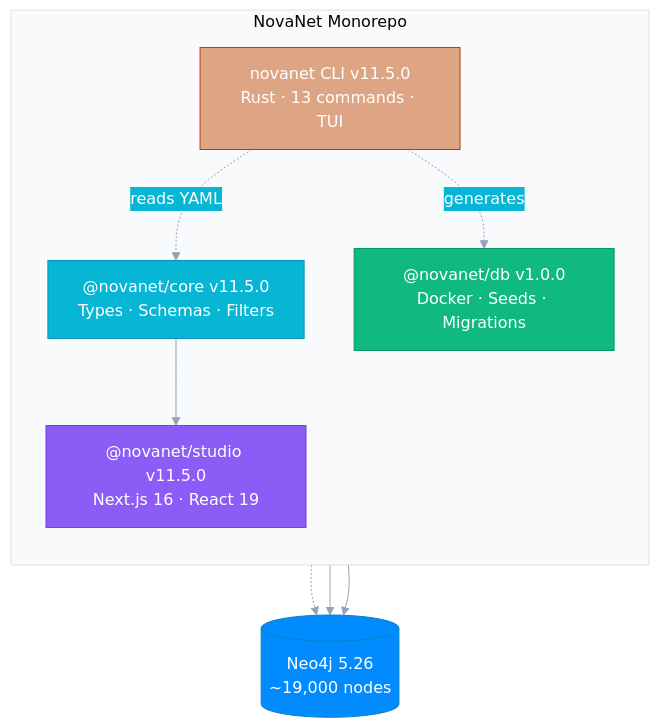
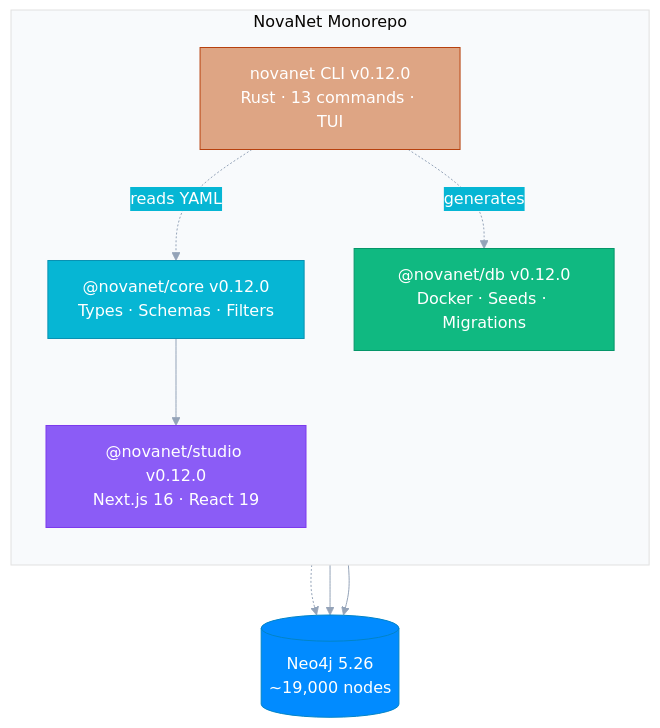
One commit to supernovae-st/novanet changed the diagram in README.md. Above: the diagram before and after it, drawn with Mermaid. The commit also changed other lines of this file and 75 other files, not shown here.

````diff
--- a/README.md
+++ b/README.md
@@ -46,33 +46,33 @@
 ```mermaid
 %%{init: {'theme': 'base', 'themeVariables': {
   'primaryColor': '#6366f1',
   'primaryTextColor': '#fff',
   'primaryBorderColor': '#4f46e5',
   'lineColor': '#94a3b8',
   'secondaryColor': '#06b6d4',
   'tertiaryColor': '#f8fafc'
 }}}%%
 flowchart TB
     subgraph MONO["NovaNet Monorepo"]
         direction TB
-        CORE["@novanet/core v11.5.0\nTypes · Schemas · Filters"]
-        DB["@novanet/db v1.0.0\nDocker · Seeds · Migrations"]
-        STUDIO["@novanet/studio v11.5.0\nNext.js 16 · React 19"]
-        RUST["novanet CLI v11.5.0\nRust · 13 commands · TUI"]
+        CORE["@novanet/core v0.12.0\nTypes · Schemas · Filters"]
+        DB["@novanet/db v0.12.0\nDocker · Seeds · Migrations"]
+        STUDIO["@novanet/studio v0.12.0\nNext.js 16 · React 19"]
+        RUST["novanet CLI v0.12.0\nRust · 13 commands · TUI"]
     end
 
     CORE --> STUDIO
     RUST -.->|reads YAML| CORE
     RUST -.->|generates| DB
 
     NEO4J[("Neo4j 5.26\n~19,000 nodes")]
     DB -.-> NEO4J
     STUDIO --> NEO4J
     RUST --> NEO4J
 
     style CORE fill:#06b6d4,stroke:#0891b2,color:#fff
     style DB fill:#10b981,stroke:#059669,color:#fff
     style STUDIO fill:#8b5cf6,stroke:#7c3aed,color:#fff
     style RUST fill:#DEA584,stroke:#B7410E,color:#fff
     style NEO4J fill:#018bff,stroke:#0284c7,color:#fff
 ```
````
